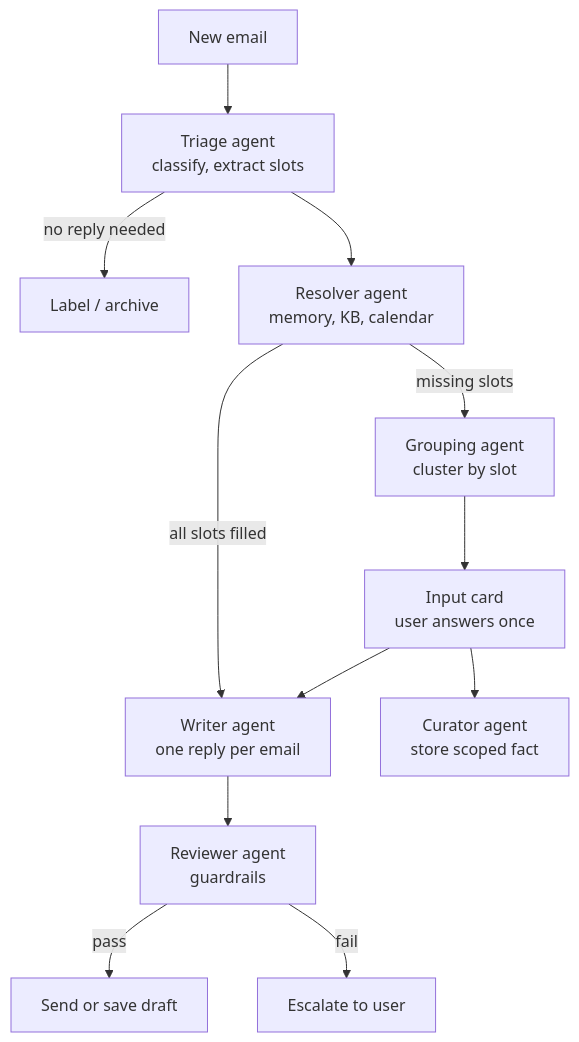
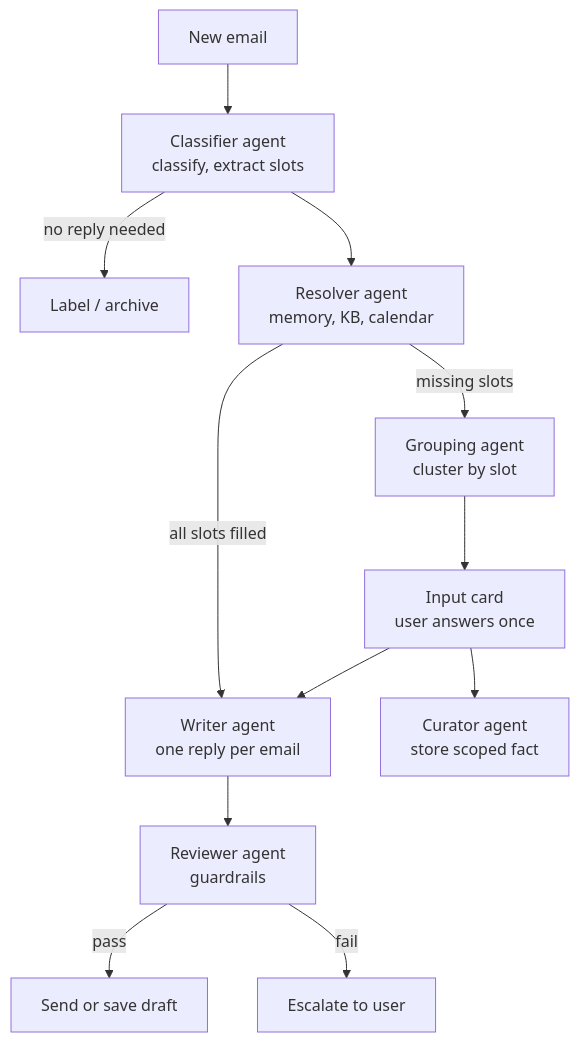
Before and after one commit to dhiasalah/email-response-agent: the first of 12 diagrams in Email Response Agent — System Design.md, drawn with Mermaid. The commit also changed other lines of this file and 44 other files, not shown here.

First line of the commit message:
Rename triage to classifier and classification

````diff
--- a/Email Response Agent — System Design.md
+++ b/Email Response Agent — System Design.md
@@ -45,14 +45,14 @@
 ```mermaid
 flowchart TD
-    IN[New email] --> TR[Triage agent<br/>classify, extract slots]
+    IN[New email] --> TR[Classifier agent<br/>classify, extract slots]
     TR -->|no reply needed| IG[Label / archive]
     TR --> RS[Resolver agent<br/>memory, KB, calendar]
     RS -->|all slots filled| WR[Writer agent<br/>one reply per email]
     RS -->|missing slots| GR[Grouping agent<br/>cluster by slot]
     GR --> CARD[Input card<br/>user answers once]
     CARD --> CU[Curator agent<br/>store scoped fact]
     CARD --> WR
     WR --> RV[Reviewer agent<br/>guardrails]
     RV -->|pass| OUT[Send or save draft]
     RV -->|fail| ESC[Escalate to user]
 ```
````
